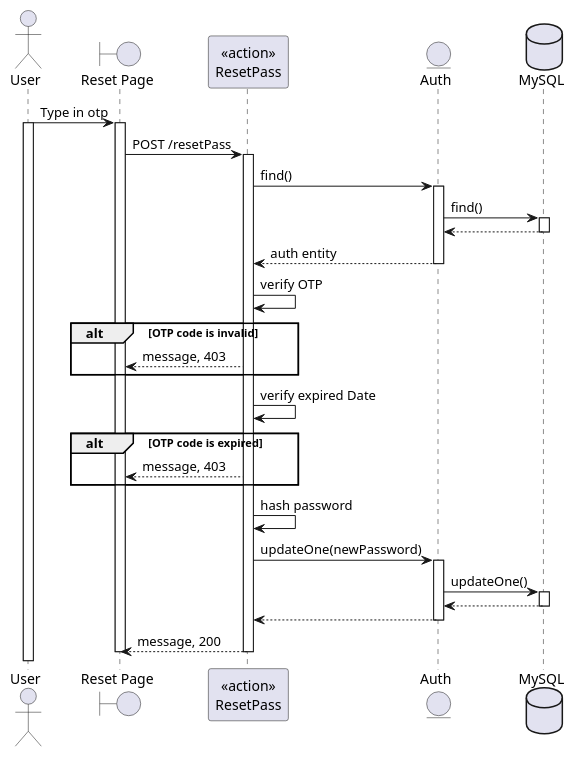
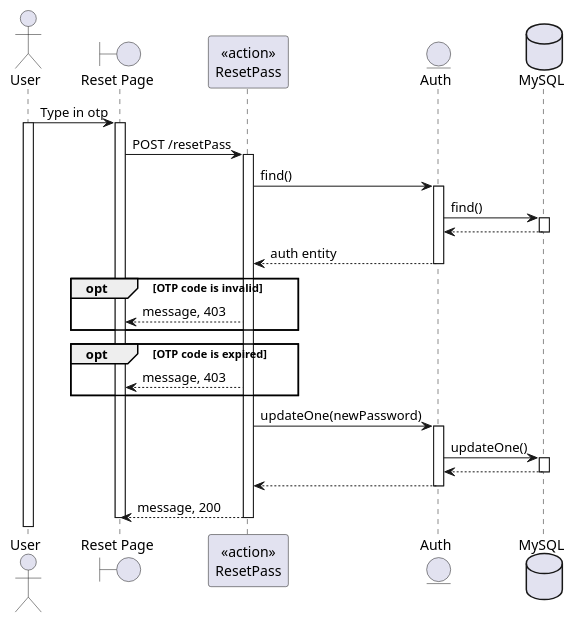
One commit to BunnyButtpowder/TeleLink-Original changed the diagram in SequeceDiagram/auth/resetPass.wsd. Above: the diagram before and after it, drawn with PlantUML. The commit also changed 13 other files, not shown here.

Commit message:
sequence diagram

```diff
--- a/SequeceDiagram/auth/resetPass.wsd
+++ b/SequeceDiagram/auth/resetPass.wsd
@@ -1,47 +1,44 @@
 @startuml
 actor User
 boundary "Reset Page" as Client
 participant "<<action>>\nResetPass" as Controller
 entity "Auth" as Model
 database "MySQL" as DB
 
 User -> Client: Type in otp
 activate User
 activate Client
 
 Client -> Controller: POST /resetPass
 activate Controller
 Controller -> Model: find()
 activate Model
 Model -> DB: find()
 activate DB
 DB --> Model
 deactivate DB
 Model --> Controller: auth entity
 deactivate Model
-Controller -> Controller: verify OTP
-alt OTP code is invalid
+opt OTP code is invalid
     Controller --> Client: message, 403
 end
-Controller -> Controller: verify expired Date
-alt OTP code is expired
+opt OTP code is expired
     Controller --> Client: message, 403
 end
-Controller -> Controller: hash password
 Controller -> Model: updateOne(newPassword)
 activate Model
 Model -> DB: updateOne()
 activate DB
 DB --> Model
 deactivate DB
 Model --> Controller
 deactivate Model
 Controller --> Client: message, 200
 deactivate Controller
     
 deactivate Client
 
 
 
 
 @enduml
```
